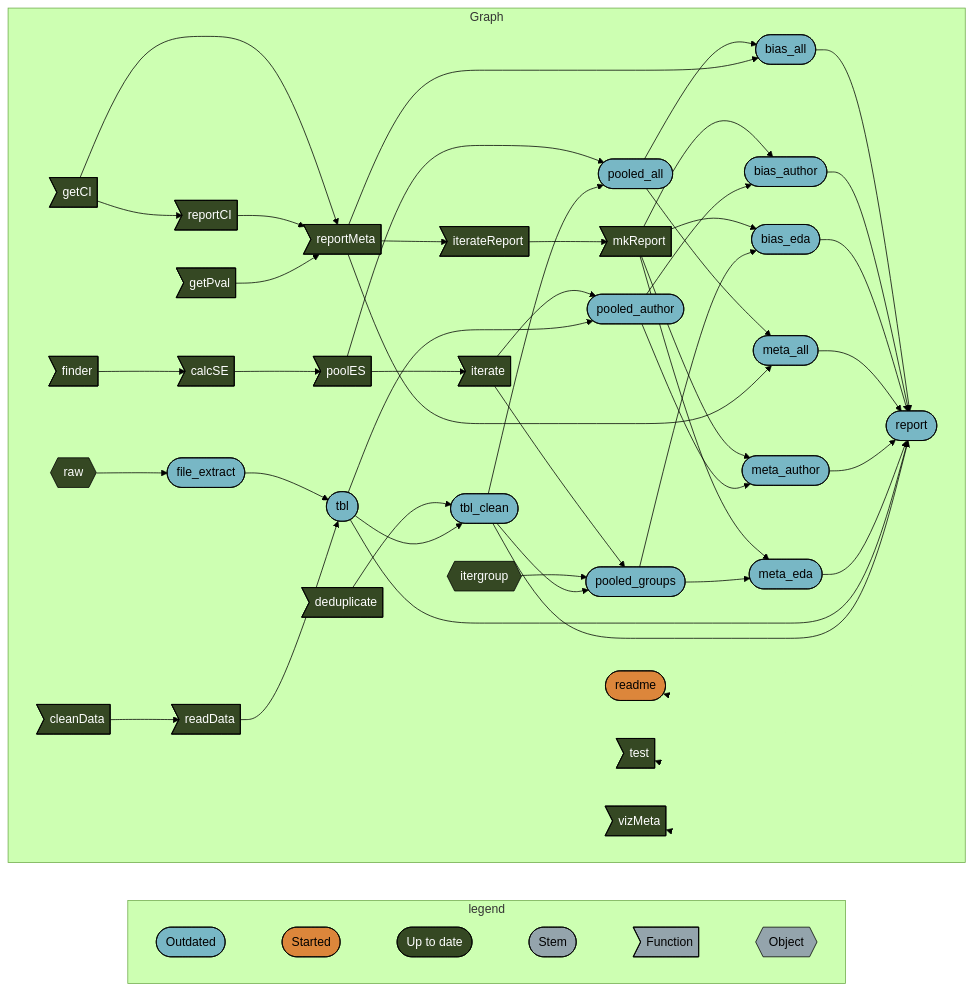
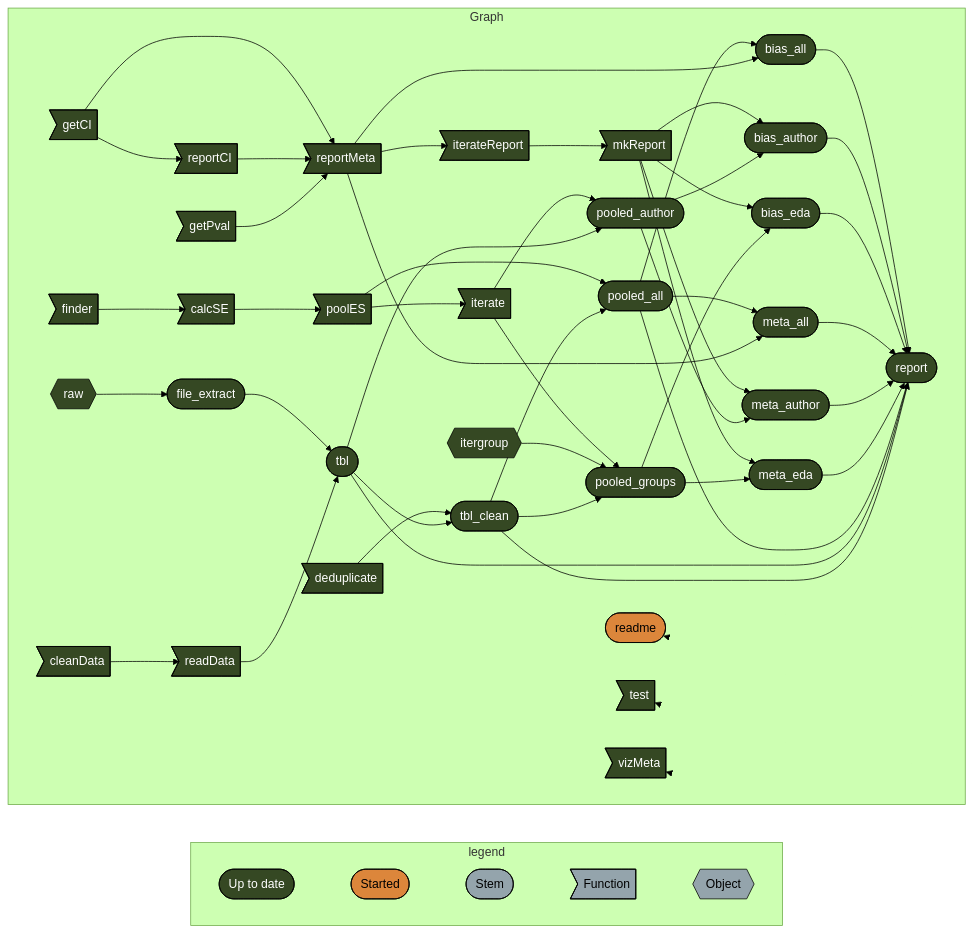
The diagram in README.md (namakala/depression-in-t2dm), drawn with Mermaid (forest theme) before and after one commit. The commit also changed other lines of this file and 4 other files, not shown here.

Commit message:
Include subgroup meta-analysis in the report

````diff
--- a/README.md
+++ b/README.md
@@ -49,71 +49,69 @@
 ``` mermaid
 graph LR
   subgraph legend
     direction LR
-    x0a52b03877696646([""Outdated""]):::outdated --- x5b3426b4c7fa7dbc([""Started""]):::started
-    x5b3426b4c7fa7dbc([""Started""]):::started --- x7420bd9270f8d27d([""Up to date""]):::uptodate
-    x7420bd9270f8d27d([""Up to date""]):::uptodate --- xbf4603d6c2c2ad6b([""Stem""]):::none
+    x7420bd9270f8d27d([""Up to date""]):::uptodate --- x5b3426b4c7fa7dbc([""Started""]):::started
+    x5b3426b4c7fa7dbc([""Started""]):::started --- xbf4603d6c2c2ad6b([""Stem""]):::none
     xbf4603d6c2c2ad6b([""Stem""]):::none --- xf0bce276fe2b9d3e>""Function""]:::none
     xf0bce276fe2b9d3e>""Function""]:::none --- x5bffbffeae195fc9{{""Object""}}:::none
   end
   subgraph Graph
     direction LR
     x4e142918b401f034>"cleanData"]:::uptodate --> xb4a3d4a2fc7bb7d2>"readData"]:::uptodate
     x275ceffe01854d89>"reportMeta"]:::uptodate --> x1f5f4b5b2ec59cf0>"iterateReport"]:::uptodate
     x1f5f4b5b2ec59cf0>"iterateReport"]:::uptodate --> xe507bce80d611fab>"mkReport"]:::uptodate
     x19d56b95df0a7e85>"poolES"]:::uptodate --> xee61ab83b7d675c1>"iterate"]:::uptodate
     x6296d492a8ddad2b>"getCI"]:::uptodate --> x275ceffe01854d89>"reportMeta"]:::uptodate
     x6296d492a8ddad2b>"getCI"]:::uptodate --> x67d7e85e85ed33db>"reportCI"]:::uptodate
     x67d7e85e85ed33db>"reportCI"]:::uptodate --> x275ceffe01854d89>"reportMeta"]:::uptodate
     x3e42f6670cc1974c>"finder"]:::uptodate --> x2405da16054f81ad>"calcSE"]:::uptodate
     x2405da16054f81ad>"calcSE"]:::uptodate --> x19d56b95df0a7e85>"poolES"]:::uptodate
     x97296012062236b1>"getPval"]:::uptodate --> x275ceffe01854d89>"reportMeta"]:::uptodate
-    xee61ab83b7d675c1>"iterate"]:::uptodate --> x631988a8d3d85fb3(["pooled_author"]):::outdated
-    xe797a538520c914d(["tbl"]):::outdated --> x631988a8d3d85fb3(["pooled_author"]):::outdated
-    x4cfdc4b8ffc0833b>"deduplicate"]:::uptodate --> x07c0a25d8d1269ae(["tbl_clean"]):::outdated
-    xe797a538520c914d(["tbl"]):::outdated --> x07c0a25d8d1269ae(["tbl_clean"]):::outdated
-    x0c55547544d10beb(["pooled_all"]):::outdated --> x1da53b9024b2e84a(["bias_all"]):::outdated
-    x275ceffe01854d89>"reportMeta"]:::uptodate --> x1da53b9024b2e84a(["bias_all"]):::outdated
-    x0c55547544d10beb(["pooled_all"]):::outdated --> x430992bea01a7746(["meta_all"]):::outdated
-    x275ceffe01854d89>"reportMeta"]:::uptodate --> x430992bea01a7746(["meta_all"]):::outdated
-    x1da53b9024b2e84a(["bias_all"]):::outdated --> xe0fba61fbc506510(["report"]):::outdated
-    x8258980e0682878d(["bias_author"]):::outdated --> xe0fba61fbc506510(["report"]):::outdated
-    x7cddcc2458aa2f2a(["bias_eda"]):::outdated --> xe0fba61fbc506510(["report"]):::outdated
-    x430992bea01a7746(["meta_all"]):::outdated --> xe0fba61fbc506510(["report"]):::outdated
-    x2e9a38145b3ac661(["meta_author"]):::outdated --> xe0fba61fbc506510(["report"]):::outdated
-    x9779f797366ec5b8(["meta_eda"]):::outdated --> xe0fba61fbc506510(["report"]):::outdated
-    xe797a538520c914d(["tbl"]):::outdated --> xe0fba61fbc506510(["report"]):::outdated
-    x07c0a25d8d1269ae(["tbl_clean"]):::outdated --> xe0fba61fbc506510(["report"]):::outdated
-    xe507bce80d611fab>"mkReport"]:::uptodate --> x8258980e0682878d(["bias_author"]):::outdated
-    x631988a8d3d85fb3(["pooled_author"]):::outdated --> x8258980e0682878d(["bias_author"]):::outdated
-    xe507bce80d611fab>"mkReport"]:::uptodate --> x9779f797366ec5b8(["meta_eda"]):::outdated
-    x5622303d0fb3e0ca(["pooled_groups"]):::outdated --> x9779f797366ec5b8(["meta_eda"]):::outdated
-    xe507bce80d611fab>"mkReport"]:::uptodate --> x2e9a38145b3ac661(["meta_author"]):::outdated
-    x631988a8d3d85fb3(["pooled_author"]):::outdated --> x2e9a38145b3ac661(["meta_author"]):::outdated
-    xe507bce80d611fab>"mkReport"]:::uptodate --> x7cddcc2458aa2f2a(["bias_eda"]):::outdated
-    x5622303d0fb3e0ca(["pooled_groups"]):::outdated --> x7cddcc2458aa2f2a(["bias_eda"]):::outdated
-    x67be920e14d52a62{{"raw"}}:::uptodate --> x948809345d27ea2b(["file_extract"]):::outdated
-    x19d56b95df0a7e85>"poolES"]:::uptodate --> x0c55547544d10beb(["pooled_all"]):::outdated
-    x07c0a25d8d1269ae(["tbl_clean"]):::outdated --> x0c55547544d10beb(["pooled_all"]):::outdated
-    x948809345d27ea2b(["file_extract"]):::outdated --> xe797a538520c914d(["tbl"]):::outdated
-    xb4a3d4a2fc7bb7d2>"readData"]:::uptodate --> xe797a538520c914d(["tbl"]):::outdated
-    xee61ab83b7d675c1>"iterate"]:::uptodate --> x5622303d0fb3e0ca(["pooled_groups"]):::outdated
-    xe37aeeab4f19d257{{"itergroup"}}:::uptodate --> x5622303d0fb3e0ca(["pooled_groups"]):::outdated
-    x07c0a25d8d1269ae(["tbl_clean"]):::outdated --> x5622303d0fb3e0ca(["pooled_groups"]):::outdated
+    xee61ab83b7d675c1>"iterate"]:::uptodate --> x631988a8d3d85fb3(["pooled_author"]):::uptodate
+    xe797a538520c914d(["tbl"]):::uptodate --> x631988a8d3d85fb3(["pooled_author"]):::uptodate
+    x4cfdc4b8ffc0833b>"deduplicate"]:::uptodate --> x07c0a25d8d1269ae(["tbl_clean"]):::uptodate
+    xe797a538520c914d(["tbl"]):::uptodate --> x07c0a25d8d1269ae(["tbl_clean"]):::uptodate
+    x0c55547544d10beb(["pooled_all"]):::uptodate --> x1da53b9024b2e84a(["bias_all"]):::uptodate
+    x275ceffe01854d89>"reportMeta"]:::uptodate --> x1da53b9024b2e84a(["bias_all"]):::uptodate
+    x0c55547544d10beb(["pooled_all"]):::uptodate --> x430992bea01a7746(["meta_all"]):::uptodate
+    x275ceffe01854d89>"reportMeta"]:::uptodate --> x430992bea01a7746(["meta_all"]):::uptodate
+    x1da53b9024b2e84a(["bias_all"]):::uptodate --> xe0fba61fbc506510(["report"]):::uptodate
+    x8258980e0682878d(["bias_author"]):::uptodate --> xe0fba61fbc506510(["report"]):::uptodate
+    x7cddcc2458aa2f2a(["bias_eda"]):::uptodate --> xe0fba61fbc506510(["report"]):::uptodate
+    x430992bea01a7746(["meta_all"]):::uptodate --> xe0fba61fbc506510(["report"]):::uptodate
+    x2e9a38145b3ac661(["meta_author"]):::uptodate --> xe0fba61fbc506510(["report"]):::uptodate
+    x9779f797366ec5b8(["meta_eda"]):::uptodate --> xe0fba61fbc506510(["report"]):::uptodate
+    x0c55547544d10beb(["pooled_all"]):::uptodate --> xe0fba61fbc506510(["report"]):::uptodate
+    xe797a538520c914d(["tbl"]):::uptodate --> xe0fba61fbc506510(["report"]):::uptodate
+    x07c0a25d8d1269ae(["tbl_clean"]):::uptodate --> xe0fba61fbc506510(["report"]):::uptodate
+    xe507bce80d611fab>"mkReport"]:::uptodate --> x8258980e0682878d(["bias_author"]):::uptodate
+    x631988a8d3d85fb3(["pooled_author"]):::uptodate --> x8258980e0682878d(["bias_author"]):::uptodate
+    xe507bce80d611fab>"mkReport"]:::uptodate --> x9779f797366ec5b8(["meta_eda"]):::uptodate
+    x5622303d0fb3e0ca(["pooled_groups"]):::uptodate --> x9779f797366ec5b8(["meta_eda"]):::uptodate
+    xe507bce80d611fab>"mkReport"]:::uptodate --> x2e9a38145b3ac661(["meta_author"]):::uptodate
+    x631988a8d3d85fb3(["pooled_author"]):::uptodate --> x2e9a38145b3ac661(["meta_author"]):::uptodate
+    xe507bce80d611fab>"mkReport"]:::uptodate --> x7cddcc2458aa2f2a(["bias_eda"]):::uptodate
+    x5622303d0fb3e0ca(["pooled_groups"]):::uptodate --> x7cddcc2458aa2f2a(["bias_eda"]):::uptodate
+    x67be920e14d52a62{{"raw"}}:::uptodate --> x948809345d27ea2b(["file_extract"]):::uptodate
+    x19d56b95df0a7e85>"poolES"]:::uptodate --> x0c55547544d10beb(["pooled_all"]):::uptodate
+    x07c0a25d8d1269ae(["tbl_clean"]):::uptodate --> x0c55547544d10beb(["pooled_all"]):::uptodate
+    x948809345d27ea2b(["file_extract"]):::uptodate --> xe797a538520c914d(["tbl"]):::uptodate
+    xb4a3d4a2fc7bb7d2>"readData"]:::uptodate --> xe797a538520c914d(["tbl"]):::uptodate
+    xee61ab83b7d675c1>"iterate"]:::uptodate --> x5622303d0fb3e0ca(["pooled_groups"]):::uptodate
+    xe37aeeab4f19d257{{"itergroup"}}:::uptodate --> x5622303d0fb3e0ca(["pooled_groups"]):::uptodate
+    x07c0a25d8d1269ae(["tbl_clean"]):::uptodate --> x5622303d0fb3e0ca(["pooled_groups"]):::uptodate
     x6e52cb0f1668cc22(["readme"]):::started --> x6e52cb0f1668cc22(["readme"]):::started
     x4fdcca5ddb678139>"test"]:::uptodate --> x4fdcca5ddb678139>"test"]:::uptodate
     x41a8499cfe76565d>"vizMeta"]:::uptodate --> x41a8499cfe76565d>"vizMeta"]:::uptodate
   end
-  classDef outdated stroke:#000000,color:#000000,fill:#78B7C5;
+  classDef uptodate stroke:#000000,color:#ffffff,fill:#354823;
   classDef started stroke:#000000,color:#000000,fill:#DC863B;
-  classDef uptodate stroke:#000000,color:#ffffff,fill:#354823;
   classDef none stroke:#000000,color:#000000,fill:#94a4ac;
   linkStyle 0 stroke-width:0px;
   linkStyle 1 stroke-width:0px;
   linkStyle 2 stroke-width:0px;
   linkStyle 3 stroke-width:0px;
-  linkStyle 4 stroke-width:0px;
   linkStyle 47 stroke-width:0px;
   linkStyle 48 stroke-width:0px;
   linkStyle 49 stroke-width:0px;
 ```
````
